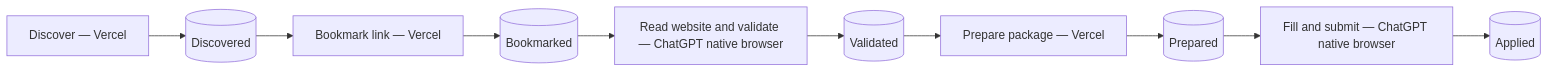
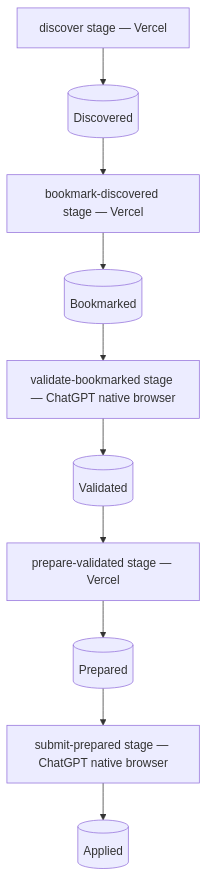
Before and after one commit to assafep/ai-job-search-system: the third of 4 diagrams in docs/architecture.md, drawn with Mermaid. The commit also changed other lines of this file and 4 other files, not shown here.

First line of the commit message:
Document stage definitions and worker execution in architecture diagrams

````diff
--- a/docs/architecture.md
+++ b/docs/architecture.md
@@ -81,12 +124,12 @@
 ```mermaid
-flowchart LR
-    DISCOVER[Discover — Vercel] --> Q1[(Discovered)]
-    Q1 --> BOOKMARK[Bookmark link — Vercel]
+flowchart TB
+    DISCOVER[discover stage — Vercel] --> Q1[(Discovered)]
+    Q1 --> BOOKMARK[bookmark-discovered stage — Vercel]
     BOOKMARK --> Q2[(Bookmarked)]
-    Q2 --> VALIDATE[Read website and validate — ChatGPT native browser]
+    Q2 --> VALIDATE[validate-bookmarked stage — ChatGPT native browser]
     VALIDATE --> Q3[(Validated)]
-    Q3 --> PREPARE[Prepare package — Vercel]
+    Q3 --> PREPARE[prepare-validated stage — Vercel]
     PREPARE --> Q4[(Prepared)]
-    Q4 --> SUBMIT[Fill and submit — ChatGPT native browser]
+    Q4 --> SUBMIT[submit-prepared stage — ChatGPT native browser]
     SUBMIT --> Q5[(Applied)]
 ```
````
